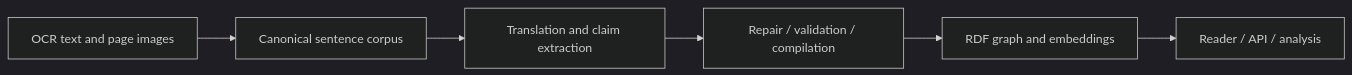
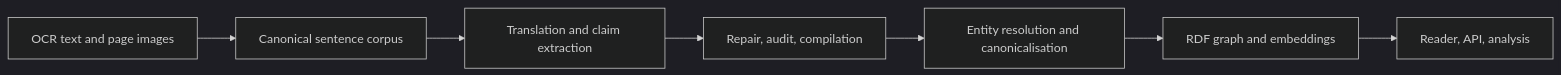
Before and after one commit to conradcompagna/konbaung-knowledge-graph: the diagram in pipeline/README.md, drawn with Mermaid (dark theme). The commit also changed other lines of this file and 197 other files, not shown here.

````diff
--- a/pipeline/README.md
+++ b/pipeline/README.md
@@ -3,8 +3,9 @@
 ```mermaid
 flowchart LR
     OCR[OCR text and page images] --> Corpus[Canonical sentence corpus]
     Corpus --> Extract[Translation and claim extraction]
-    Extract --> Validate[Repair / validation / compilation]
-    Validate --> Graph[RDF graph and embeddings]
-    Graph --> Reader[Reader / API / analysis]
+    Extract --> Repair[Repair, audit, compilation]
+    Repair --> Resolve[Entity resolution and canonicalisation]
+    Resolve --> Graph[RDF graph and embeddings]
+    Graph --> Reader[Reader, API, analysis]
 ```
````
